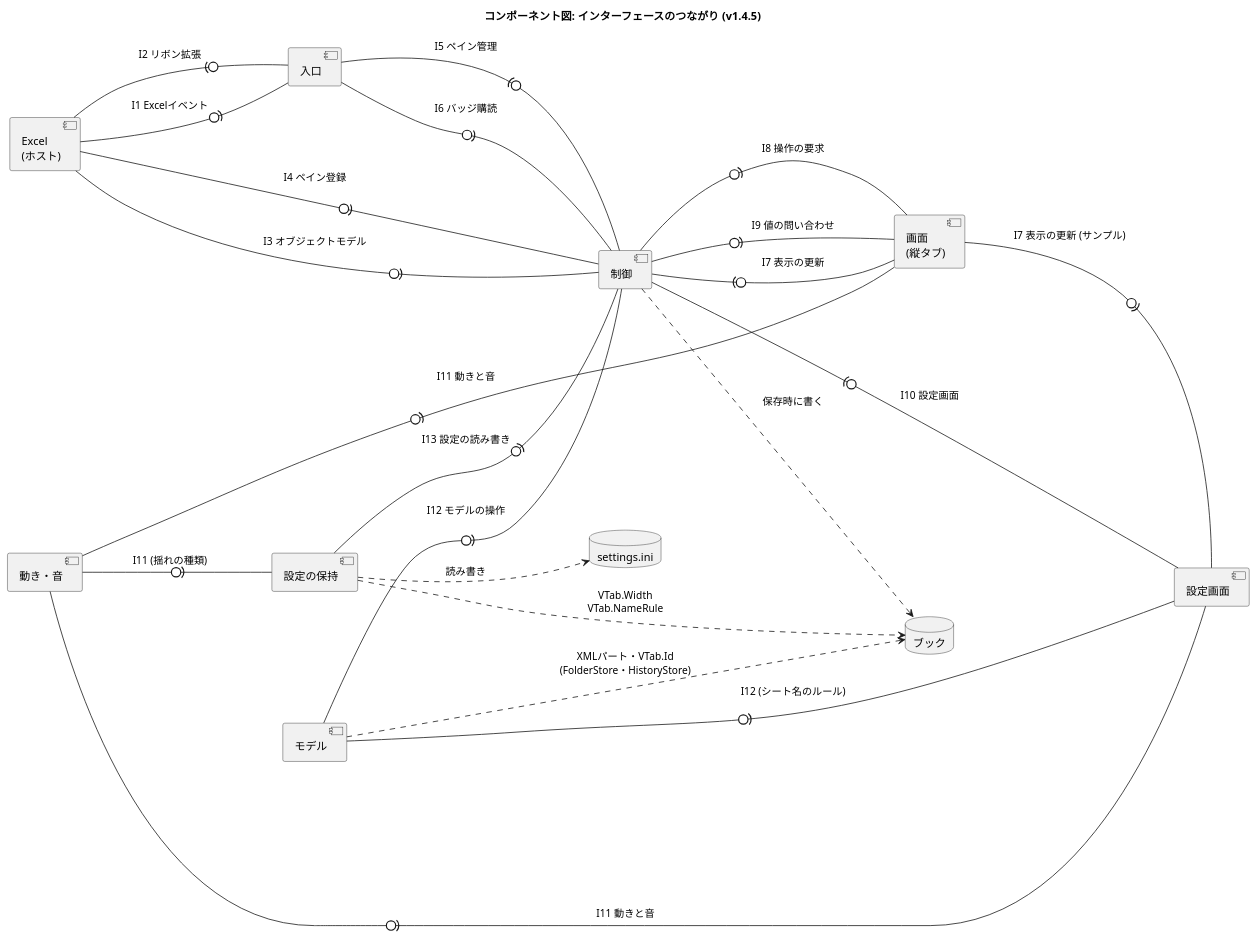
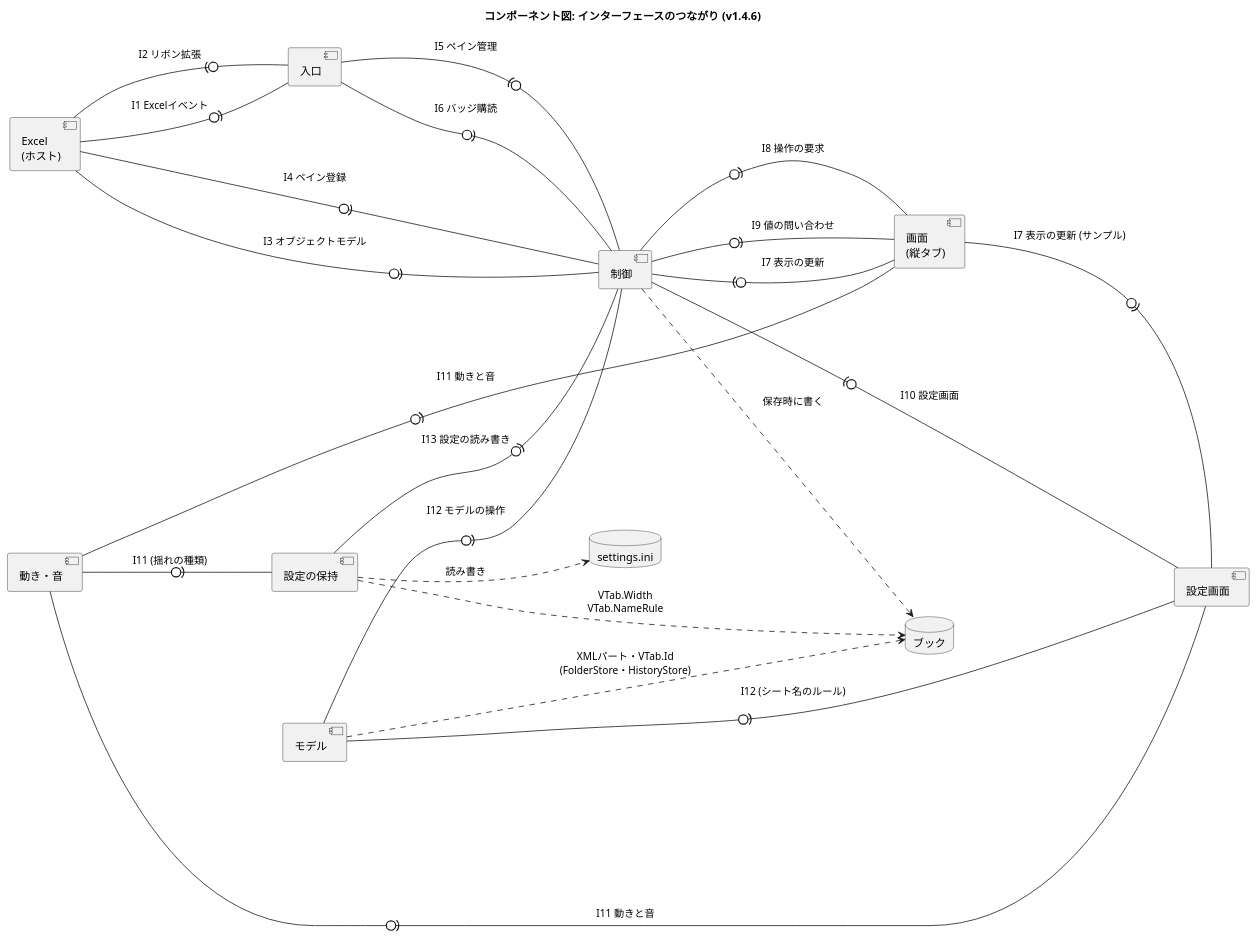
One commit to nk-taka623/VerticalSheetTabs changed the diagram in docs/component-interface.puml. Above: the diagram before and after it, drawn with PlantUML. The commit also changed 14 other files, not shown here.

Commit message:
v1.4.6 にする (バージョン、README の変更点、設計図の版数)

```diff
--- a/docs/component-interface.puml
+++ b/docs/component-interface.puml
@@ -1,43 +1,43 @@
 @startuml
-title コンポーネント図: インターフェースのつながり (v1.4.5)
+title コンポーネント図: インターフェースのつながり (v1.4.6)
 left to right direction
 skinparam componentStyle uml2
 skinparam shadowing false
 skinparam nodesep 50
 skinparam ranksep 110
 
 component "Excel\n(ホスト)" as HOST
 component "入口" as ENTRY
 component "制御" as CTRL
 component "画面\n(縦タブ)" as VIEW
 component "設定画面" as SETTINGS
 component "動き・音" as FX
 component "モデル" as MODEL
 component "設定の保持" as CONFIG
 database "ブック" as BOOK
 database "settings.ini" as INI
 
 ' 「提供側 -0)- 利用側」: 丸が提供するインターフェース、受け口が利用 (I1 から I13 は、DEVELOPMENT.md の表)
 HOST -0)- ENTRY : I1 Excelイベント
 ENTRY -0)- HOST : I2 リボン拡張
 HOST -0)- CTRL : I3 オブジェクトモデル
 HOST -0)- CTRL : I4 ペイン登録
 CTRL -0)- ENTRY : I5 ペイン管理
 ENTRY -0)- CTRL : I6 バッジ購読
 VIEW -0)- CTRL : I7 表示の更新
 CTRL -0)- VIEW : I8 操作の要求
 CTRL -0)- VIEW : I9 値の問い合わせ
 SETTINGS -0)- CTRL : I10 設定画面
 VIEW -0)- SETTINGS : I7 表示の更新 (サンプル)
 FX -0)- VIEW : I11 動きと音
 FX -0)- SETTINGS : I11 動きと音
 FX -0)- CONFIG : I11 (揺れの種類)
 MODEL -0)- CTRL : I12 モデルの操作
 MODEL -0)- SETTINGS : I12 (シート名のルール)
 CONFIG -0)- CTRL : I13 設定の読み書き
 
 CTRL ..> BOOK : 保存時に書く
 MODEL ..> BOOK : XMLパート・VTab.Id\n(FolderStore・HistoryStore)
 CONFIG ..> BOOK : VTab.Width\nVTab.NameRule
 CONFIG ..> INI : 読み書き
 @enduml
```
